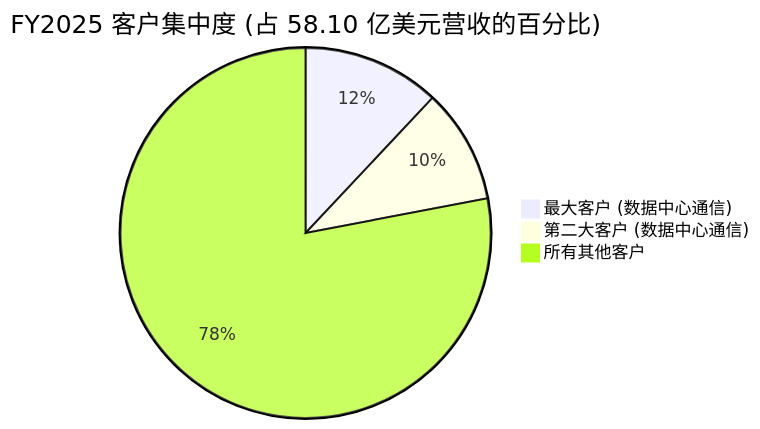
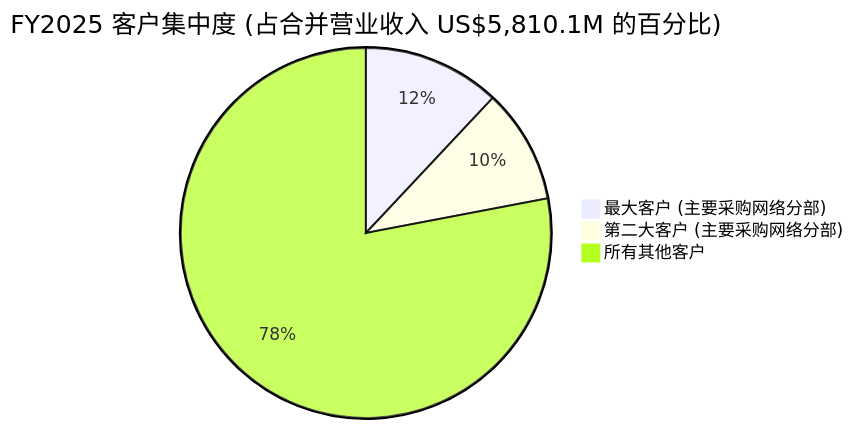
One commit to dadachundan/financial_agent changed the third of 4 diagrams in reports/company/Coherent_NYSE_COHR/Coherent_NYSE_COHR_公司研究.md. Above: the diagram before and after it, drawn with Mermaid. The commit also changed other lines of this file and 16 other files, not shown here.

````diff
--- a/reports/company/Coherent_NYSE_COHR/Coherent_NYSE_COHR_公司研究.md
+++ b/reports/company/Coherent_NYSE_COHR/Coherent_NYSE_COHR_公司研究.md
@@ -246,6 +632,6 @@
 ```mermaid
-pie title FY2025 客户集中度 (占 58.10 亿美元营收的百分比)
-    "最大客户 (数据中心通信)" : 12
-    "第二大客户 (数据中心通信)" : 10
+pie title FY2025 客户集中度 (占合并营业收入 US$5,810.1M 的百分比)
+    "最大客户 (主要采购网络分部)" : 12
+    "第二大客户 (主要采购网络分部)" : 10
     "所有其他客户" : 78
 ```
````
